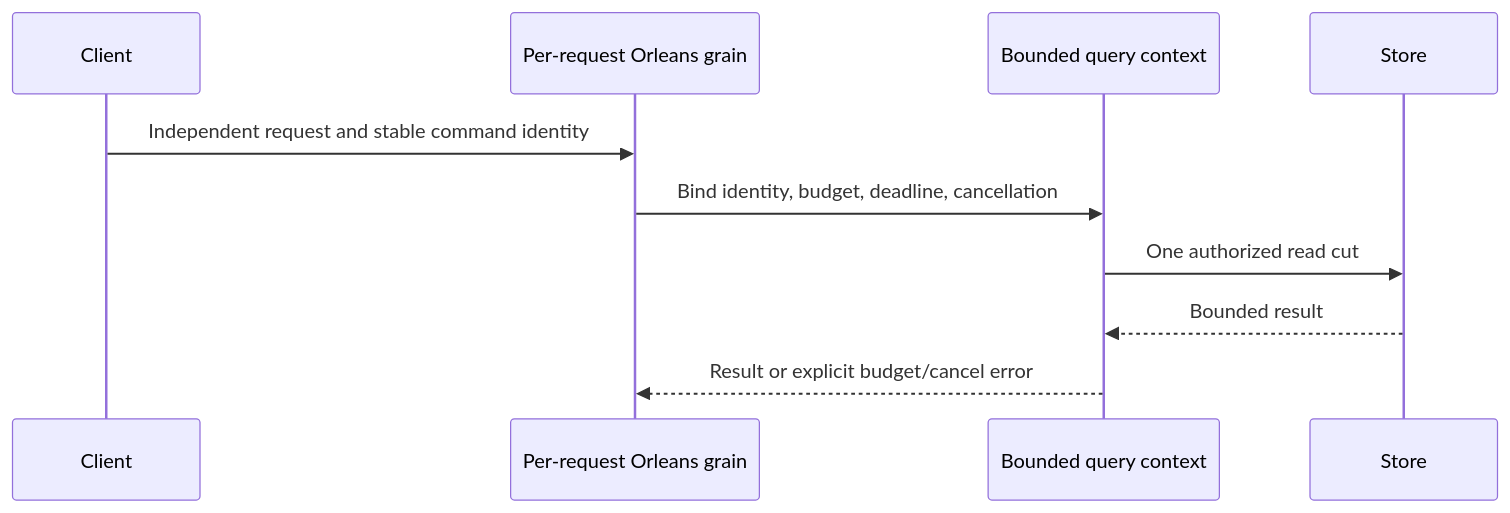
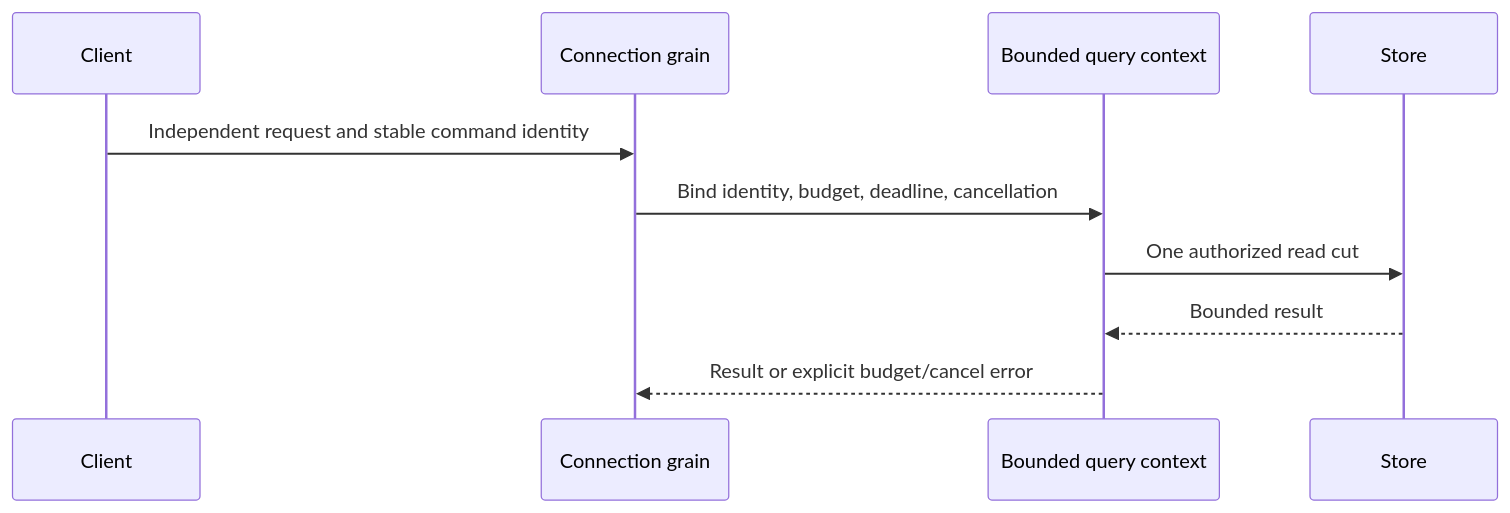
The diagram in docs/ADR/ADR-020-independent-query-contexts.md (managedcode/KeyLoad), drawn with Mermaid before and after one commit. The commit also changed other lines of this file and 7356 other files, not shown here.

````diff
--- a/docs/ADR/ADR-020-independent-query-contexts.md
+++ b/docs/ADR/ADR-020-independent-query-contexts.md
@@ -11,12 +11,12 @@
 ```mermaid
 sequenceDiagram
     participant Client
-    participant Grain as Per-request Orleans grain
+    participant Grain as Connection grain
     participant Query as Bounded query context
     participant Store
     Client->>Grain: Independent request and stable command identity
     Grain->>Query: Bind identity, budget, deadline, cancellation
     Query->>Store: One authorized read cut
     Store-->>Query: Bounded result
     Query-->>Grain: Result or explicit budget/cancel error
 ```
````
